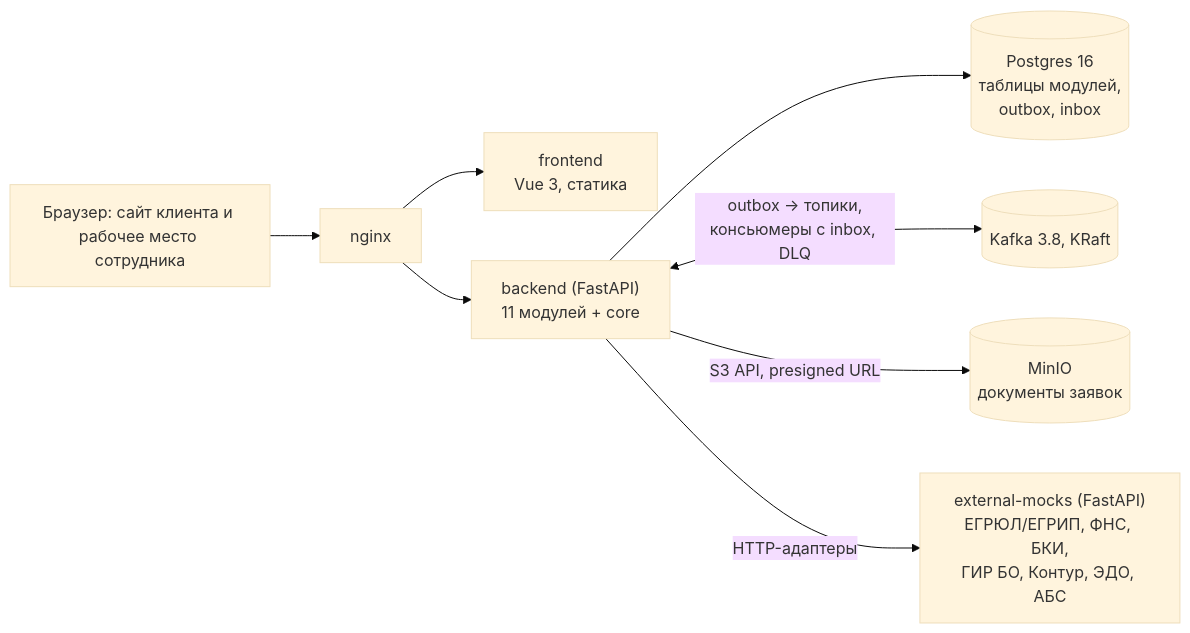
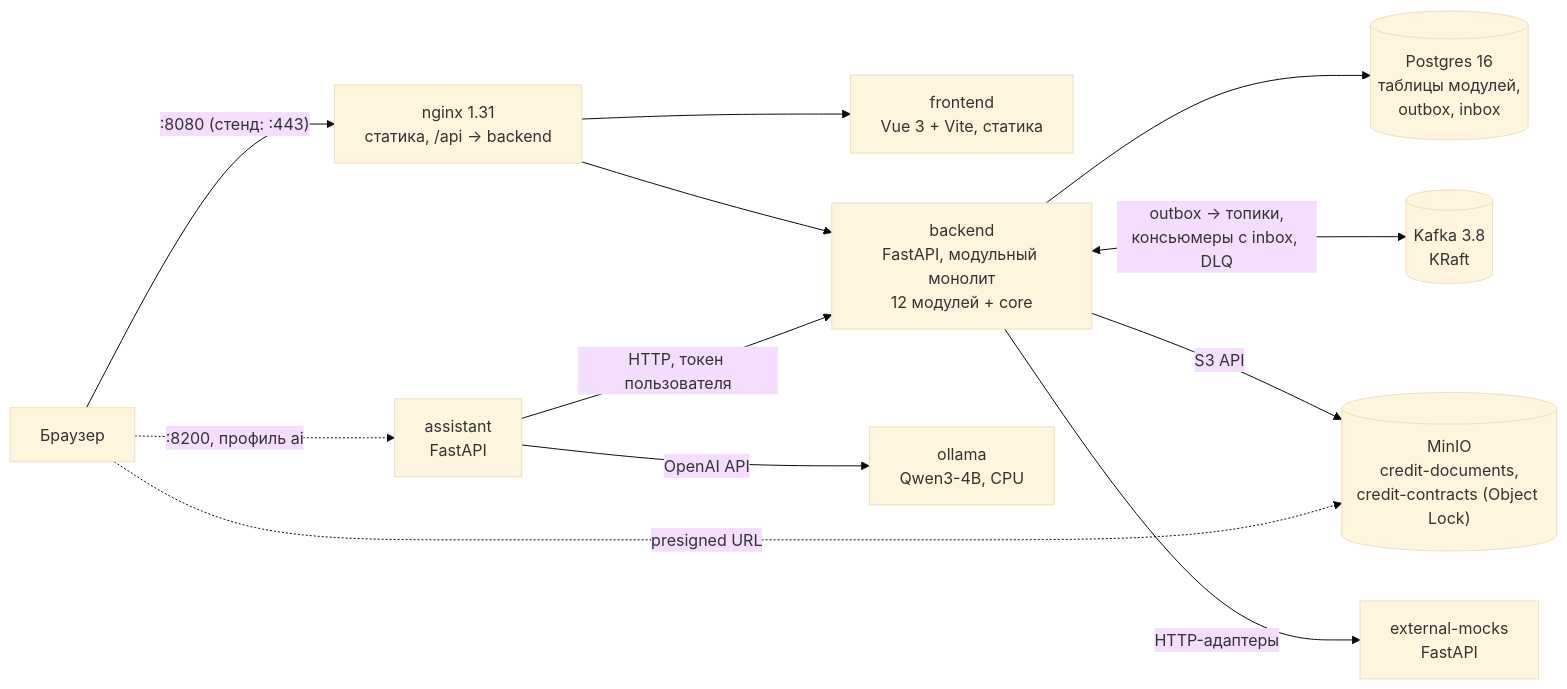
The second of 8 diagrams in docs/architecture/architecture.md (1nsanexeEZ/hackaton_alfabank_2026), drawn with Mermaid (base theme) before and after one commit. The commit also changed other lines of this file and 11 other files, not shown here.

Commit message:
docs: архитектура по уровням — контекст, контейнеры, модули DDD, слои, потоки; модель данных; схемы draw.io (#260)

````diff
--- a/docs/architecture/architecture.md
+++ b/docs/architecture/architecture.md
@@ -22,10 +64,14 @@
 ```mermaid
 flowchart LR
-    Browser["Браузер: сайт клиента и рабочее место сотрудника"] --> Nginx["nginx"]
-    Nginx --> Frontend["frontend<br/>Vue 3, статика"]
-    Nginx --> Backend["backend (FastAPI)<br/>11 модулей + core"]
+    Browser["Браузер"] -->|":8080 (стенд: :443)"| Nginx["nginx 1.31<br/>статика, /api → backend"]
+    Nginx --> Frontend["frontend<br/>Vue 3 + Vite, статика"]
+    Nginx --> Backend["backend<br/>FastAPI, модульный монолит<br/>12 модулей + core"]
+    Browser -.->|":8200, профиль ai"| Assistant["assistant<br/>FastAPI"]
+    Assistant -->|"HTTP, токен пользователя"| Backend
+    Assistant -->|"OpenAI API"| Ollama["ollama<br/>Qwen3-4B, CPU"]
     Backend --> Postgres[("Postgres 16<br/>таблицы модулей,<br/>outbox, inbox")]
-    Backend <-->|outbox → топики,<br/>консьюмеры с inbox, DLQ| Kafka[("Kafka 3.8, KRaft")]
-    Backend -->|S3 API, presigned URL| MinIO[("MinIO<br/>документы заявок")]
-    Backend -->|HTTP-адаптеры| Mocks["external-mocks (FastAPI)<br/>ЕГРЮЛ/ЕГРИП, ФНС, БКИ,<br/>ГИР БО, Контур, ЭДО, АБС"]
+    Backend <-->|"outbox → топики,<br/>консьюмеры с inbox, DLQ"| Kafka[("Kafka 3.8<br/>KRaft")]
+    Backend -->|"S3 API"| MinIO[("MinIO<br/>credit-documents,<br/>credit-contracts (Object Lock)")]
+    Browser -.->|"presigned URL"| MinIO
+    Backend -->|"HTTP-адаптеры"| Mocks["external-mocks<br/>FastAPI"]
 ```
````
